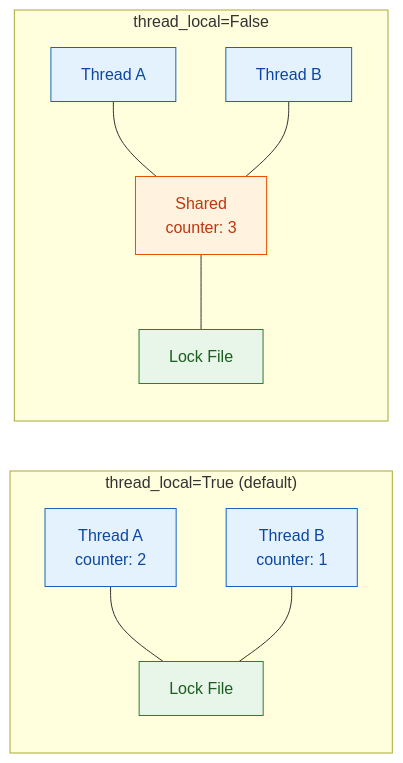
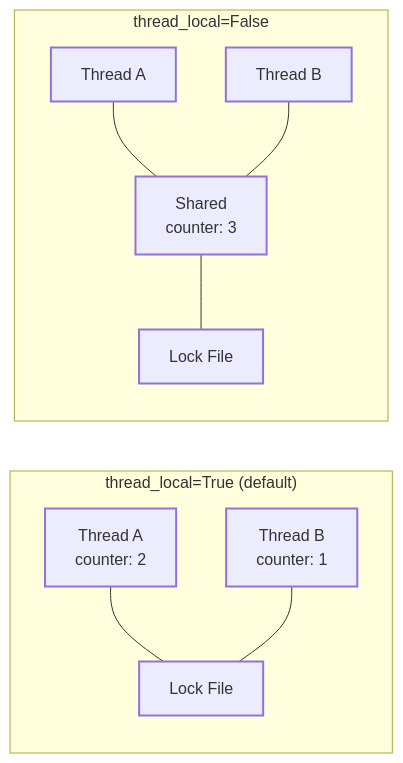
Before and after one commit to tox-dev/filelock: the fourth of 4 diagrams in docs/concepts.rst, drawn with Mermaid. The commit also changed other lines of this file and 5 other files, not shown here.

```diff
--- a/docs/concepts.rst
+++ b/docs/concepts.rst
@@ -746,19 +745,20 @@
 .. mermaid::
 
     flowchart LR
         subgraph "thread_local=True (default)"
             T1["Thread A<br/>counter: 2"] --- L1["Lock File"]
             T2["Thread B<br/>counter: 1"] --- L1
         end
 
         subgraph "thread_local=False"
             T3["Thread A"] --- SC["Shared<br/>counter: 3"] --- L2["Lock File"]
             T4["Thread B"] --- SC
         end
 
-        classDef thread fill:#e3f2fd,stroke:#1565c0,color:#0d47a1
-        classDef counter fill:#fff3e0,stroke:#e65100,color:#bf360c
-        classDef store fill:#e8f5e9,stroke:#2e7d32,color:#1b5e20
+        %% docs/_static/custom.css colors these classes, once per light and dark theme
+        classDef thread stroke-width:2px
+        classDef counter stroke-width:2px
+        classDef store stroke-width:2px
         class T1,T2,T3,T4 thread
         class SC counter
         class L1,L2 store
```
